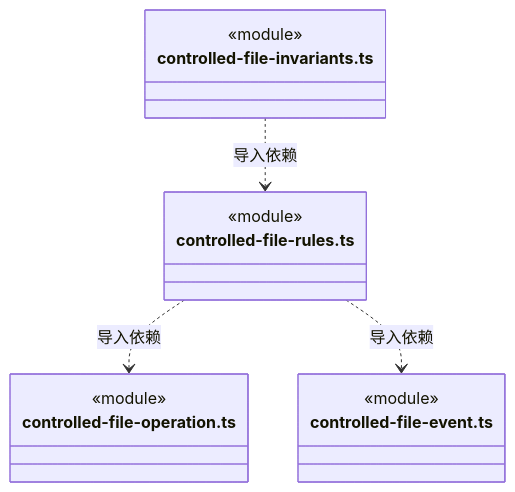
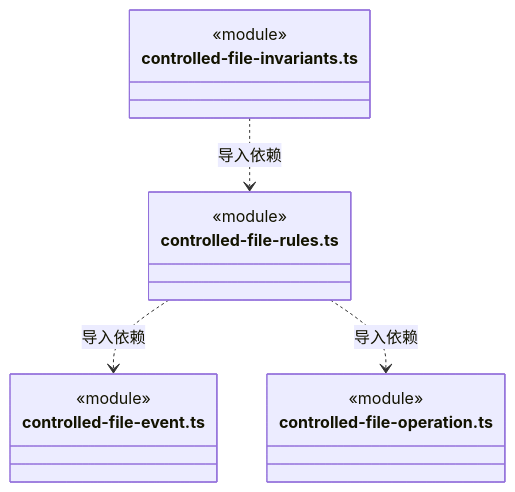
Diagram 22 of 22 in src/logic/file-operations/rules/ARCHITECTURE.md (nan023062/cbim), drawn with Mermaid before and after one commit. The commit also changed other lines of this file and 112 other files, not shown here.

Commit message:
docs: align source architecture with current declarations and contracts

````diff
--- a/src/logic/file-operations/rules/ARCHITECTURE.md
+++ b/src/logic/file-operations/rules/ARCHITECTURE.md
@@ -481,18 +481,18 @@
 ```mermaid
 classDiagram
 class N_src_logic_file_operations_rules_controlled_file_invariants_ts["controlled-file-invariants.ts"] {
   <<module>>
 }
 class N_src_logic_file_operations_rules_controlled_file_rules_ts["controlled-file-rules.ts"] {
   <<module>>
 }
+class N_src_logic_file_operations_rules_controlled_file_event_ts["controlled-file-event.ts"] {
+  <<module>>
+}
 class N_src_logic_file_operations_rules_controlled_file_operation_ts["controlled-file-operation.ts"] {
   <<module>>
 }
-class N_src_logic_file_operations_rules_controlled_file_event_ts["controlled-file-event.ts"] {
-  <<module>>
-}
 N_src_logic_file_operations_rules_controlled_file_invariants_ts ..> N_src_logic_file_operations_rules_controlled_file_rules_ts : 导入依赖
+N_src_logic_file_operations_rules_controlled_file_rules_ts ..> N_src_logic_file_operations_rules_controlled_file_event_ts : 导入依赖
 N_src_logic_file_operations_rules_controlled_file_rules_ts ..> N_src_logic_file_operations_rules_controlled_file_operation_ts : 导入依赖
-N_src_logic_file_operations_rules_controlled_file_rules_ts ..> N_src_logic_file_operations_rules_controlled_file_event_ts : 导入依赖
 ```
````
